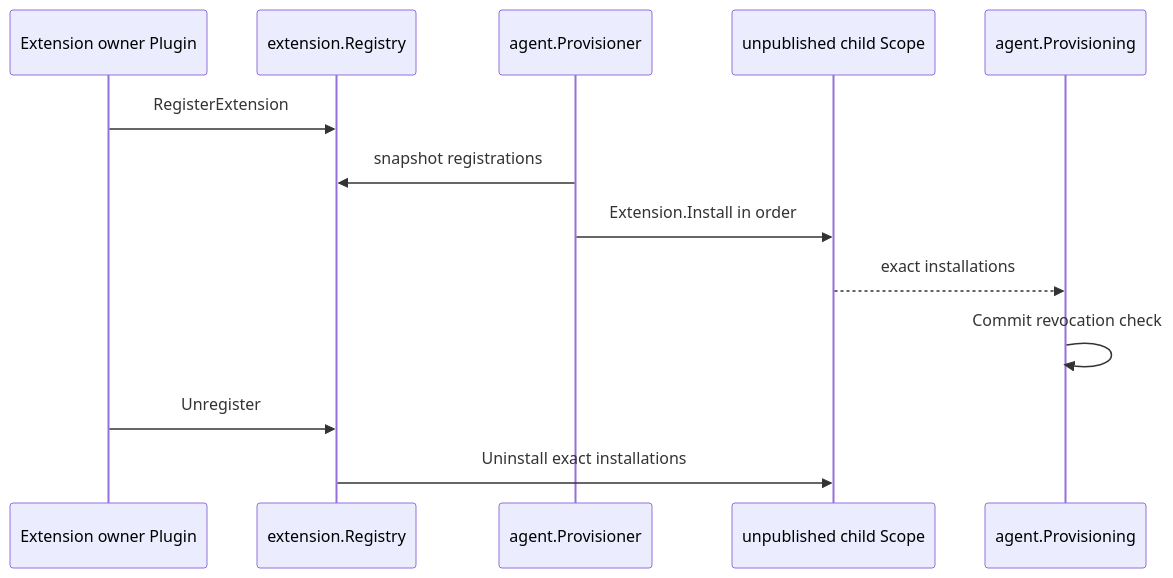
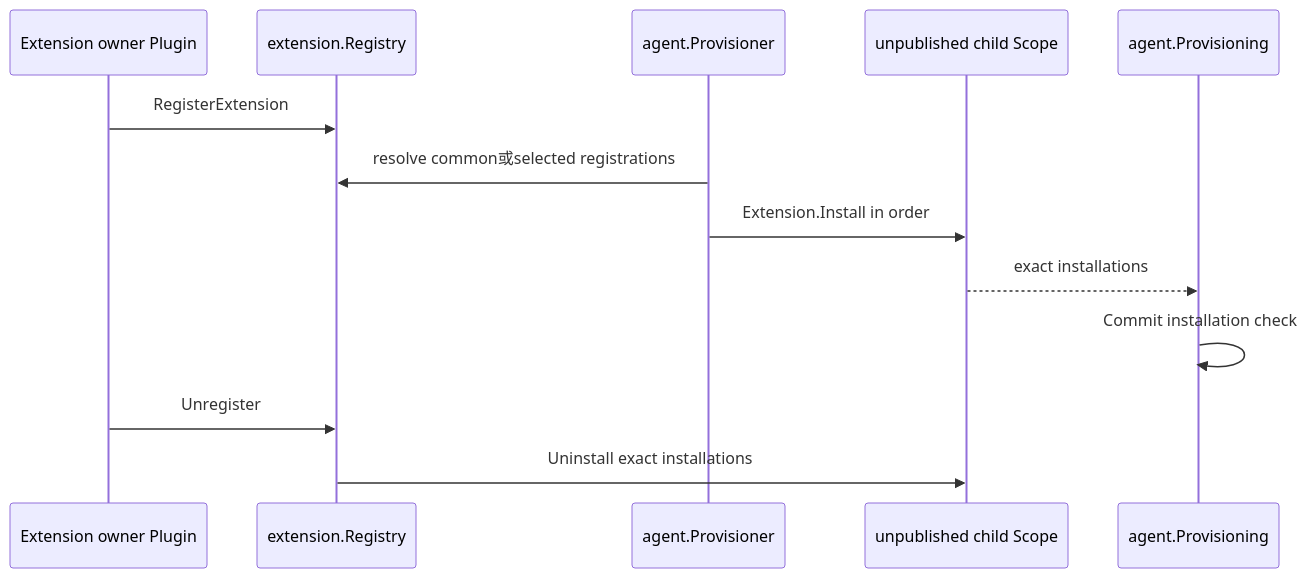
Before and after one commit to gorenx/goren: the diagram in subagent/internal/extension/README.zh-CN.md, drawn with Mermaid. The commit also changed other lines of this file and 13 other files, not shown here.

````diff
--- a/subagent/internal/extension/README.zh-CN.md
+++ b/subagent/internal/extension/README.zh-CN.md
@@ -7,16 +7,16 @@
 ```mermaid
 sequenceDiagram
     participant Owner as Extension owner Plugin
     participant Registry as extension.Registry
     participant Provisioner as agent.Provisioner
     participant Scope as unpublished child Scope
     participant Provisioning as agent.Provisioning
 
     Owner->>Registry: RegisterExtension
-    Provisioner->>Registry: snapshot registrations
+    Provisioner->>Registry: resolve common或selected registrations
     Provisioner->>Scope: Extension.Install in order
     Scope-->>Provisioning: exact installations
-    Provisioning->>Provisioning: Commit revocation check
+    Provisioning->>Provisioning: Commit installation check
     Owner->>Registry: Unregister
     Registry->>Scope: Uninstall exact installations
 ```
````
